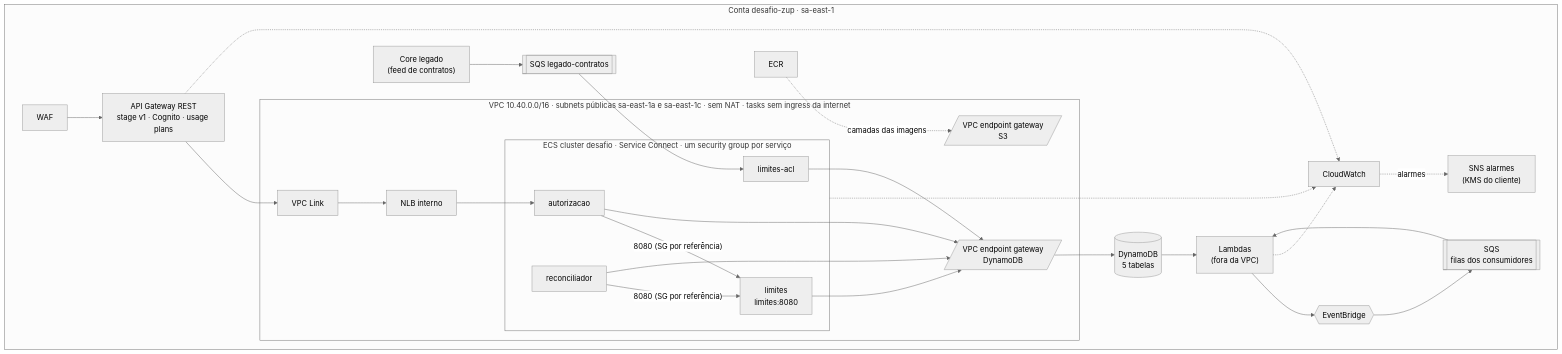
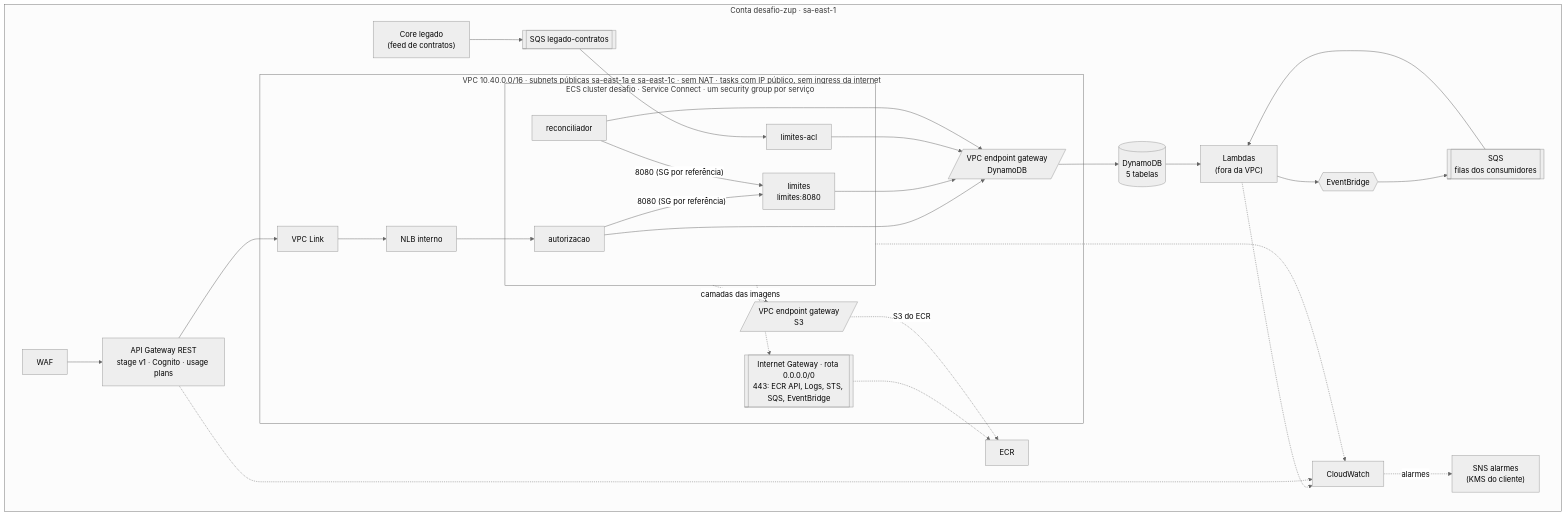
The diagram in docs/arquitetura/diagramas/05-implantacao-aws.mmd (giovanedms/desafio-zup), drawn with Mermaid (neutral theme) before and after one commit. The commit also changed 88 other files, not shown here.

Commit message:
Correções do painel 7: captura e estorno vencedores do hold, contrato público, API interna, relay e documentação

```diff
--- a/docs/arquitetura/diagramas/05-implantacao-aws.mmd
+++ b/docs/arquitetura/diagramas/05-implantacao-aws.mmd
@@ -1,44 +1,48 @@
 flowchart TB
   subgraph ACC["Conta desafio-zup · sa-east-1"]
     WAF[WAF] --> GW["API Gateway REST<br/>stage v1 · Cognito · usage plans"]
-    subgraph VPC["VPC 10.40.0.0/16 · subnets públicas sa-east-1a e sa-east-1c · sem NAT · tasks sem ingress da internet"]
+    subgraph VPC["VPC 10.40.0.0/16 · subnets públicas sa-east-1a e sa-east-1c · sem NAT · tasks com IP público, sem ingress da internet"]
       VPCL[VPC Link] --> NLB[NLB interno]
       subgraph ECS["ECS cluster desafio · Service Connect · um security group por serviço"]
         AUT[autorizacao]
         LIMS["limites<br/>limites:8080"]
         ACL[limites-acl]
         REC[reconciliador]
       end
       EPD[/"VPC endpoint gateway<br/>DynamoDB"/]
       EPS[/"VPC endpoint gateway<br/>S3"/]
+      IGW[["Internet Gateway · rota 0.0.0.0/0<br/>443: ECR API, Logs, STS, SQS, EventBridge"]]
     end
     GW --> VPCL
     NLB --> AUT
     AUT -- "8080 (SG por referência)" --> LIMS
     REC -- "8080 (SG por referência)" --> LIMS
     DDB[("DynamoDB<br/>5 tabelas")]
     EB{{EventBridge}}
     SQS[["SQS<br/>filas dos consumidores"]]
     LEG[["SQS legado-contratos"]]
     CORE["Core legado<br/>(feed de contratos)"]
     SNS["SNS alarmes<br/>(KMS do cliente)"]
     LAM["Lambdas<br/>(fora da VPC)"]
     ECR[ECR]
     CW[CloudWatch]
     AUT --> EPD
     LIMS --> EPD
     ACL --> EPD
     REC --> EPD
     EPD --> DDB
-    ECR -.->|camadas das imagens| EPS
+    ECS -.-> IGW
+    IGW -.-> ECR
+    ECS -. "camadas das imagens" .-> EPS
+    EPS -. "S3 do ECR" .-> ECR
     DDB --> LAM
     LAM --> EB
     EB --> SQS
     SQS --> LAM
     CORE --> LEG
     LEG --> ACL
     CW -. alarmes .-> SNS
     ECS -.-> CW
     LAM -.-> CW
     GW -.-> CW
   end
```
